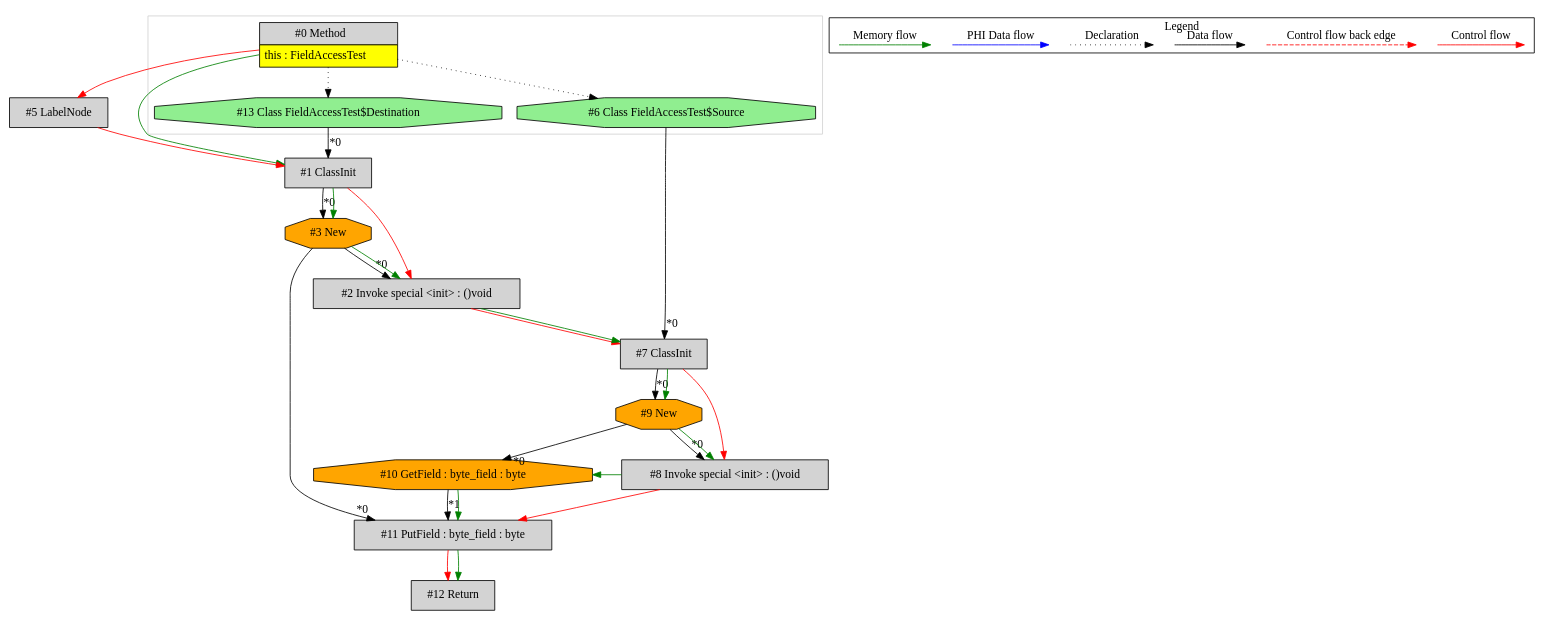
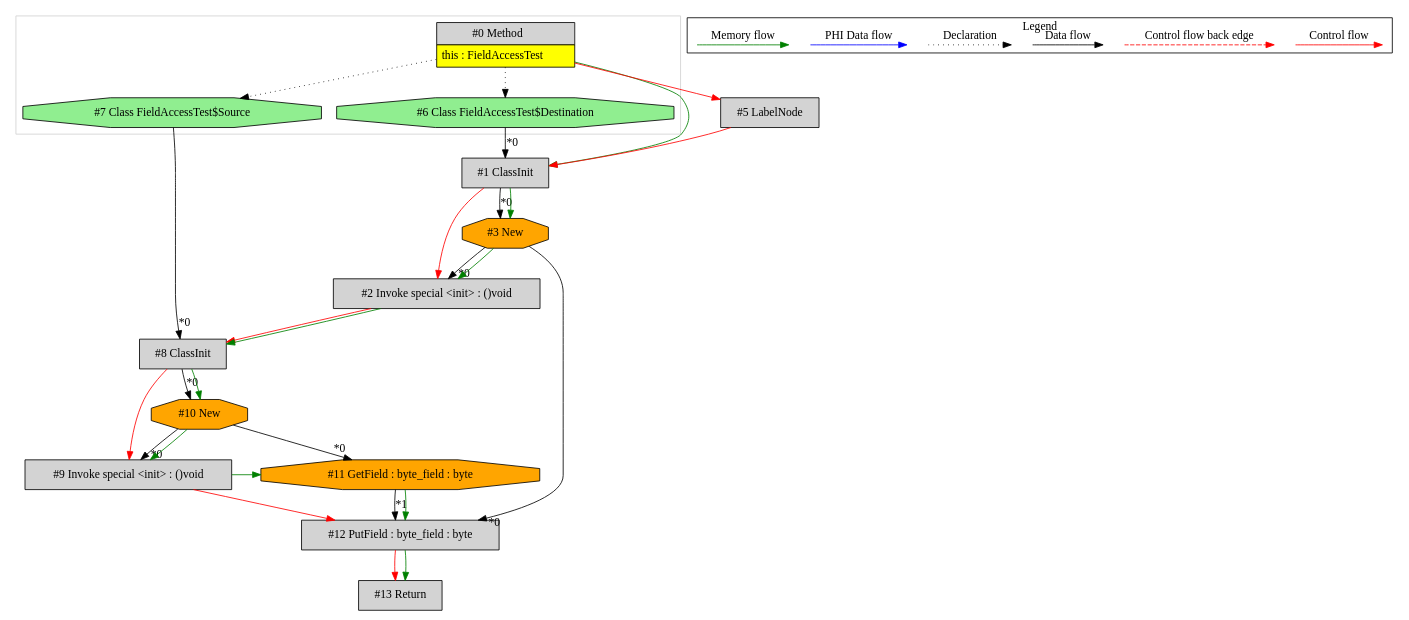
Before and after one commit to mirkosertic/MetaIR: the diagram in de.mirkosertic.metair.ir.examples.FieldAccessTest/copy_byte/ir.dot, drawn with Graphviz. The commit also changed 167 other files, not shown here.

```diff
--- a/de.mirkosertic.metair.ir.examples.FieldAccessTest/copy_byte/ir.dot
+++ b/de.mirkosertic.metair.ir.examples.FieldAccessTest/copy_byte/ir.dot
@@ -1,74 +1,74 @@
 digraph {
  node0[margin="0", label=<<table border="0" cellborder="1" cellspacing="0" cellpadding="5"><tr><td colspan="1">#0 Method</td></tr><tr><td port="prj4" bgcolor="yellow">this : FieldAccessTest</td></tr></table>>,shape=none, fillcolor=lightgrey, style=filled];
- node1[label="#1 ClassInit",shape=box, fillcolor=lightgrey, style=filled];
- node13 -> node1[headlabel="*0", labeldistance=2];
- node5 -> node1[labeldistance=2, color=red, fontcolor=red];
- node0 -> node1[labeldistance=2, color=green, constraint=false];
- node5[label="#5 LabelNode",shape=box, fillcolor=lightgrey, style=filled];
- node0 -> node5[labeldistance=2, color=red, fontcolor=red];
- node13[label="#13 Class FieldAccessTest$Destination",shape=octagon, fillcolor=lightgreen, style=filled];
- node0 -> node13[style=dotted];
+ node7[label="#7 Class FieldAccessTest$Source",shape=octagon, fillcolor=lightgreen, style=filled];
+ node0 -> node7[style=dotted];
+ node8[label="#8 ClassInit",shape=box, fillcolor=lightgrey, style=filled];
+ node7 -> node8[headlabel="*0", labeldistance=2];
+ node2 -> node8[labeldistance=2, color=red, fontcolor=red];
+ node2 -> node8[labeldistance=2, color=green, constraint=false];
  node2[label="#2 Invoke special <init> : ()void",shape=box, fillcolor=lightgrey, style=filled];
  node3 -> node2[headlabel="*0", labeldistance=2];
  node1 -> node2[labeldistance=2, color=red, fontcolor=red];
  node3 -> node2[labeldistance=2, color=green, constraint=false];
  node3[label="#3 New",shape=octagon, fillcolor=orange, style=filled];
  node1 -> node3[headlabel="*0", labeldistance=2];
  node1 -> node3[labeldistance=2, color=green, constraint=false];
- node11[label="#11 PutField : byte_field : byte",shape=box, fillcolor=lightgrey, style=filled];
- node3 -> node11[headlabel="*0", labeldistance=2];
- node10 -> node11[headlabel="*1", labeldistance=2];
- node10 -> node11[labeldistance=2, color=green, constraint=false];
- node8 -> node11[labeldistance=2, color=red, fontcolor=red];
- node8[label="#8 Invoke special <init> : ()void",shape=box, fillcolor=lightgrey, style=filled];
- node9 -> node8[headlabel="*0", labeldistance=2];
- node7 -> node8[labeldistance=2, color=red, fontcolor=red];
- node9 -> node8[labeldistance=2, color=green, constraint=false];
- node9[label="#9 New",shape=octagon, fillcolor=orange, style=filled];
- node7 -> node9[headlabel="*0", labeldistance=2];
- node7 -> node9[labeldistance=2, color=green, constraint=false];
- node7[label="#7 ClassInit",shape=box, fillcolor=lightgrey, style=filled];
- node6 -> node7[headlabel="*0", labeldistance=2];
- node2 -> node7[labeldistance=2, color=red, fontcolor=red];
- node2 -> node7[labeldistance=2, color=green, constraint=false];
- node6[label="#6 Class FieldAccessTest$Source",shape=octagon, fillcolor=lightgreen, style=filled];
+ node1[label="#1 ClassInit",shape=box, fillcolor=lightgrey, style=filled];
+ node6 -> node1[headlabel="*0", labeldistance=2];
+ node5 -> node1[labeldistance=2, color=red, fontcolor=red];
+ node0 -> node1[labeldistance=2, color=green, constraint=false];
+ node5[label="#5 LabelNode",shape=box, fillcolor=lightgrey, style=filled];
+ node0 -> node5[labeldistance=2, color=red, fontcolor=red];
+ node6[label="#6 Class FieldAccessTest$Destination",shape=octagon, fillcolor=lightgreen, style=filled];
  node0 -> node6[style=dotted];
- node10[label="#10 GetField : byte_field : byte",shape=octagon, fillcolor=orange, style=filled];
- node9 -> node10[headlabel="*0", labeldistance=2];
+ node12[label="#12 PutField : byte_field : byte",shape=box, fillcolor=lightgrey, style=filled];
+ node3 -> node12[headlabel="*0", labeldistance=2];
+ node11 -> node12[headlabel="*1", labeldistance=2];
+ node11 -> node12[labeldistance=2, color=green, constraint=false];
+ node9 -> node12[labeldistance=2, color=red, fontcolor=red];
+ node9[label="#9 Invoke special <init> : ()void",shape=box, fillcolor=lightgrey, style=filled];
+ node10 -> node9[headlabel="*0", labeldistance=2];
+ node8 -> node9[labeldistance=2, color=red, fontcolor=red];
+ node10 -> node9[labeldistance=2, color=green, constraint=false];
+ node10[label="#10 New",shape=octagon, fillcolor=orange, style=filled];
+ node8 -> node10[headlabel="*0", labeldistance=2];
  node8 -> node10[labeldistance=2, color=green, constraint=false];
- node12[label="#12 Return",shape=box, fillcolor=lightgrey, style=filled];
- node11 -> node12[labeldistance=2, color=red, fontcolor=red];
- node11 -> node12[labeldistance=2, color=green, constraint=false];
+ node11[label="#11 GetField : byte_field : byte",shape=octagon, fillcolor=orange, style=filled];
+ node10 -> node11[headlabel="*0", labeldistance=2];
+ node9 -> node11[labeldistance=2, color=green, constraint=false];
+ node13[label="#13 Return",shape=box, fillcolor=lightgrey, style=filled];
+ node12 -> node13[labeldistance=2, color=red, fontcolor=red];
+ node12 -> node13[labeldistance=2, color=green, constraint=false];
  subgraph cluster_0 {
   color=lightgray;
   node0;
   node6;
-  node13;
+  node7;
  }
  subgraph cluster_000 {
   label = "Legend";
   node [shape=point]
   {
    rank=same;
    c0 [style = invis];
    c1 [style = invis];
    c2 [style = invis];
    c3 [style = invis];
    d0 [style = invis];
    d1 [style = invis];
    d2 [style = invis];
    d3 [style = invis];
    d4 [style = invis];
    d5 [style = invis];
    d6 [style = invis];
    d7 [style = invis];
   }
   c0 -> c1 [label="Control flow", style=solid, color=red]
   c2 -> c3 [label="Control flow back edge", style=dashed, color=red]
   d0 -> d1 [label="Data flow"]
   d2 -> d3 [label="Declaration", style=dotted]
   d4 -> d5 [label="PHI Data flow", color=blue]
   d6 -> d7 [label="Memory flow", color=green]
  }
 
 }
```
